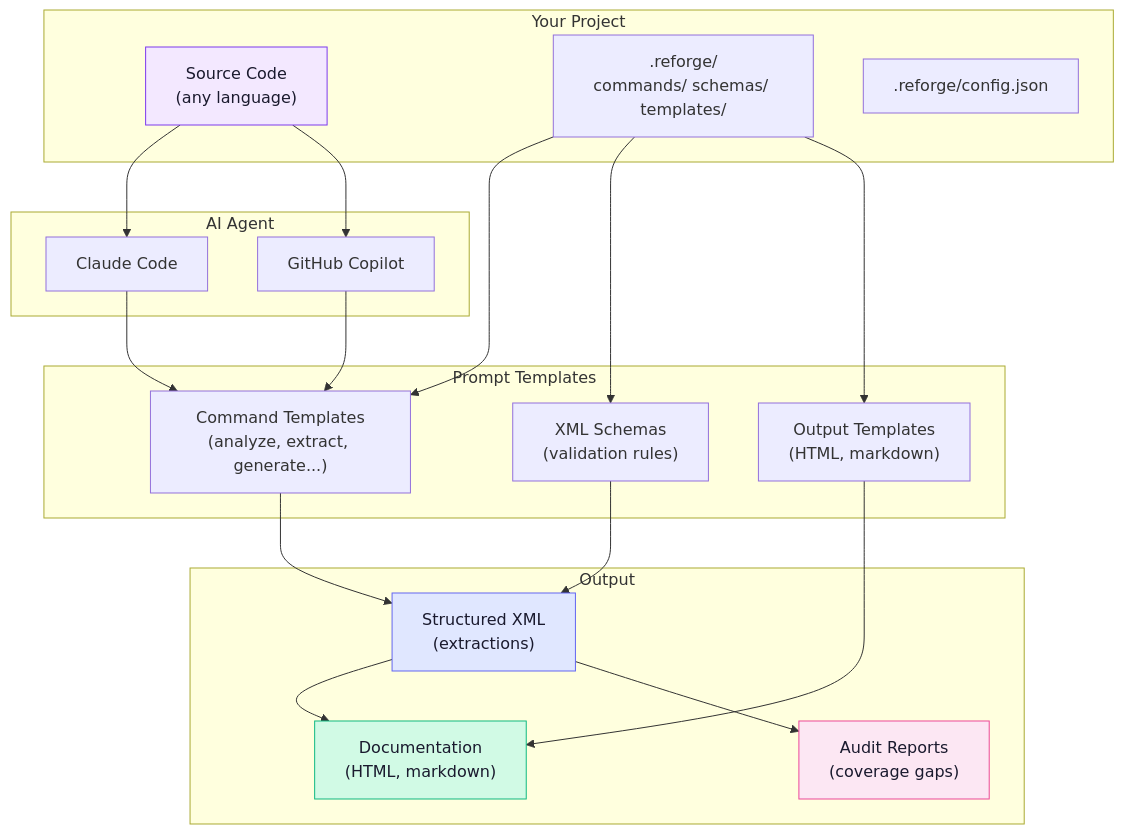
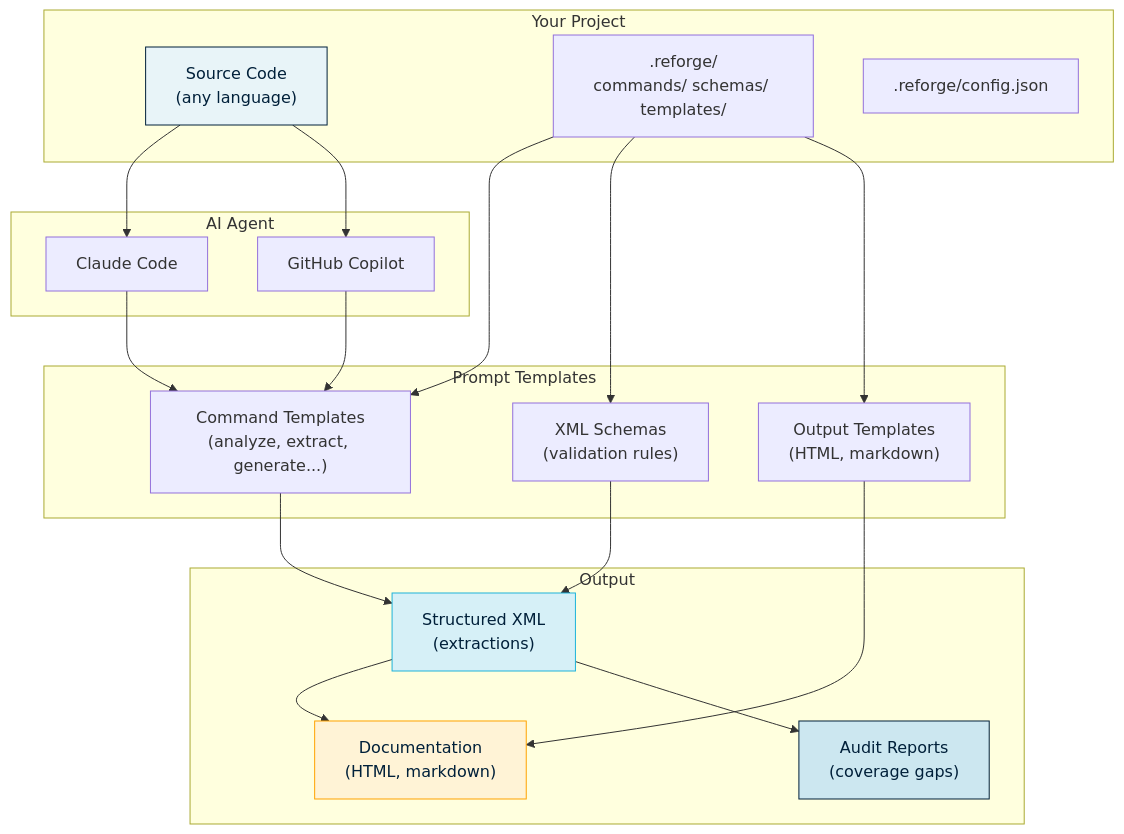
The diagram in docs/architecture/overview.md (pratik-aditi/Reforge_v1), drawn with Mermaid before and after one commit. The commit also changed 4 other files, not shown here.

````diff
--- a/docs/architecture/overview.md
+++ b/docs/architecture/overview.md
@@ -12,40 +12,40 @@
 ```mermaid
 graph TB
   subgraph "Your Project"
     SRC["Source Code<br/>(any language)"]
     RF[".reforge/<br/>commands/ schemas/ templates/"]
     CFG[".reforge/config.json"]
   end
 
   subgraph "AI Agent"
     CC["Claude Code"]
     CP["GitHub Copilot"]
   end
 
   subgraph "Prompt Templates"
     CMD["Command Templates<br/>(analyze, extract, generate...)"]
     SCH["XML Schemas<br/>(validation rules)"]
     TPL["Output Templates<br/>(HTML, markdown)"]
   end
 
   subgraph "Output"
     XML["Structured XML<br/>(extractions)"]
     DOC["Documentation<br/>(HTML, markdown)"]
     AUD["Audit Reports<br/>(coverage gaps)"]
   end
 
   SRC --> CC & CP
   RF --> CMD & SCH & TPL
   CC --> CMD
   CP --> CMD
   CMD --> XML
   SCH --> XML
   TPL --> DOC
   XML --> DOC
   XML --> AUD
 
-  style SRC fill:#f3e8ff,stroke:#7c3aed,color:#1a1a2e
-  style XML fill:#e0e7ff,stroke:#6366f1,color:#1a1a2e
-  style DOC fill:#d1fae5,stroke:#10b981,color:#1a1a2e
-  style AUD fill:#fce7f3,stroke:#ec4899,color:#1a1a2e
+  style SRC fill:#e8f4f8,stroke:#00203A,color:#00203A
+  style XML fill:#d6f0f7,stroke:#1FB3D9,color:#00203A
+  style DOC fill:#fff3d6,stroke:#FFA301,color:#00203A
+  style AUD fill:#cce7f0,stroke:#00203A,color:#00203A
 ```
````
